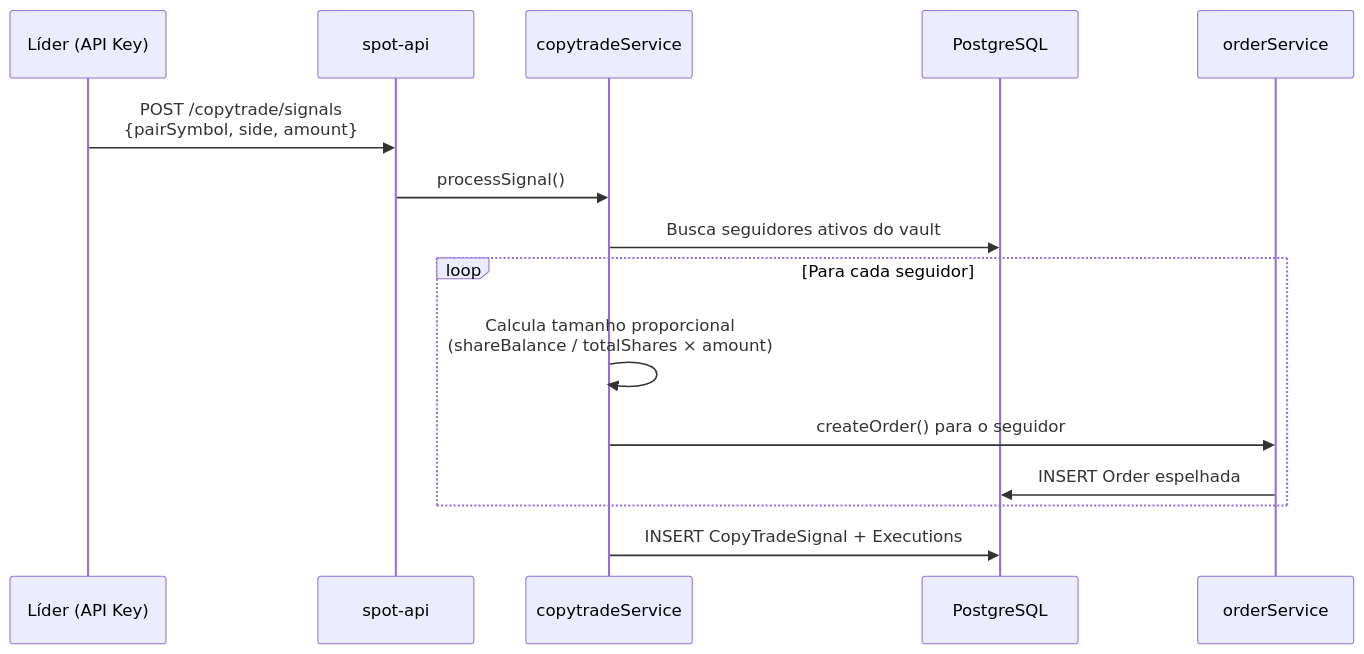
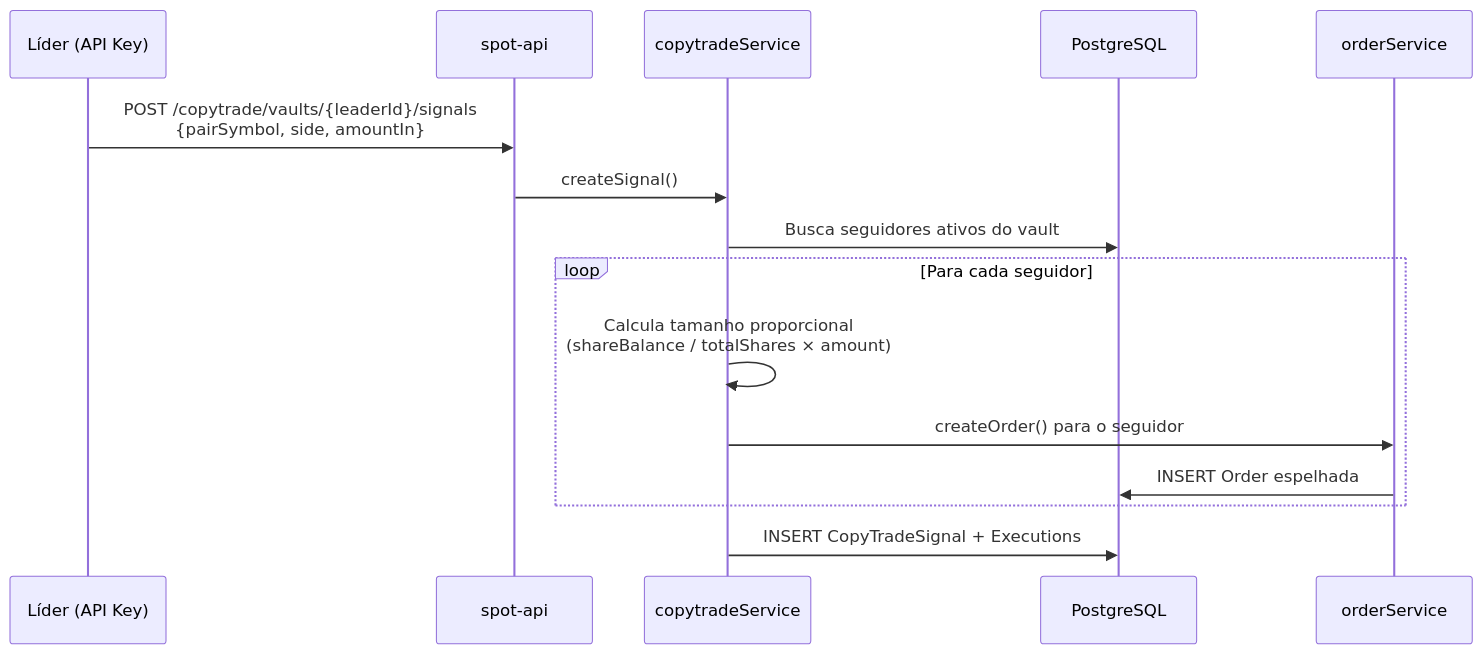
Before and after one commit to lunes-platform/Lunex-v1.1: the third of 8 diagrams in README.md, drawn with Mermaid. The commit also changed other lines of this file and 312 other files, not shown here.

````diff
--- a/README.md
+++ b/README.md
@@ -135,18 +138,18 @@
 ```mermaid
 sequenceDiagram
     participant L as Líder (API Key)
     participant API as spot-api
     participant CS as copytradeService
     participant DB as PostgreSQL
     participant OS as orderService
 
-    L->>API: POST /copytrade/signals<br/>{pairSymbol, side, amount}
-    API->>CS: processSignal()
+    L->>API: POST /copytrade/vaults/{leaderId}/signals<br/>{pairSymbol, side, amountIn}
+    API->>CS: createSignal()
     CS->>DB: Busca seguidores ativos do vault
     loop Para cada seguidor
         CS->>CS: Calcula tamanho proporcional<br/>(shareBalance / totalShares × amount)
         CS->>OS: createOrder() para o seguidor
         OS->>DB: INSERT Order espelhada
     end
     CS->>DB: INSERT CopyTradeSignal + Executions
 ```
````
